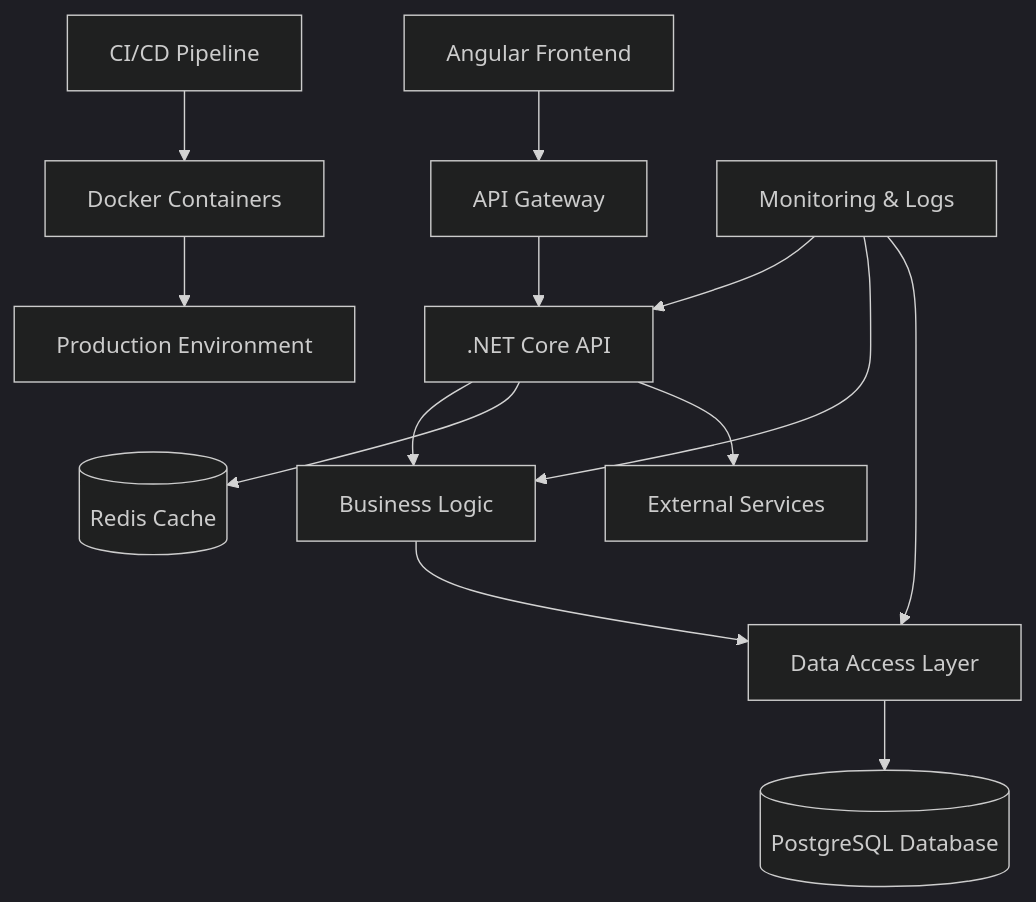
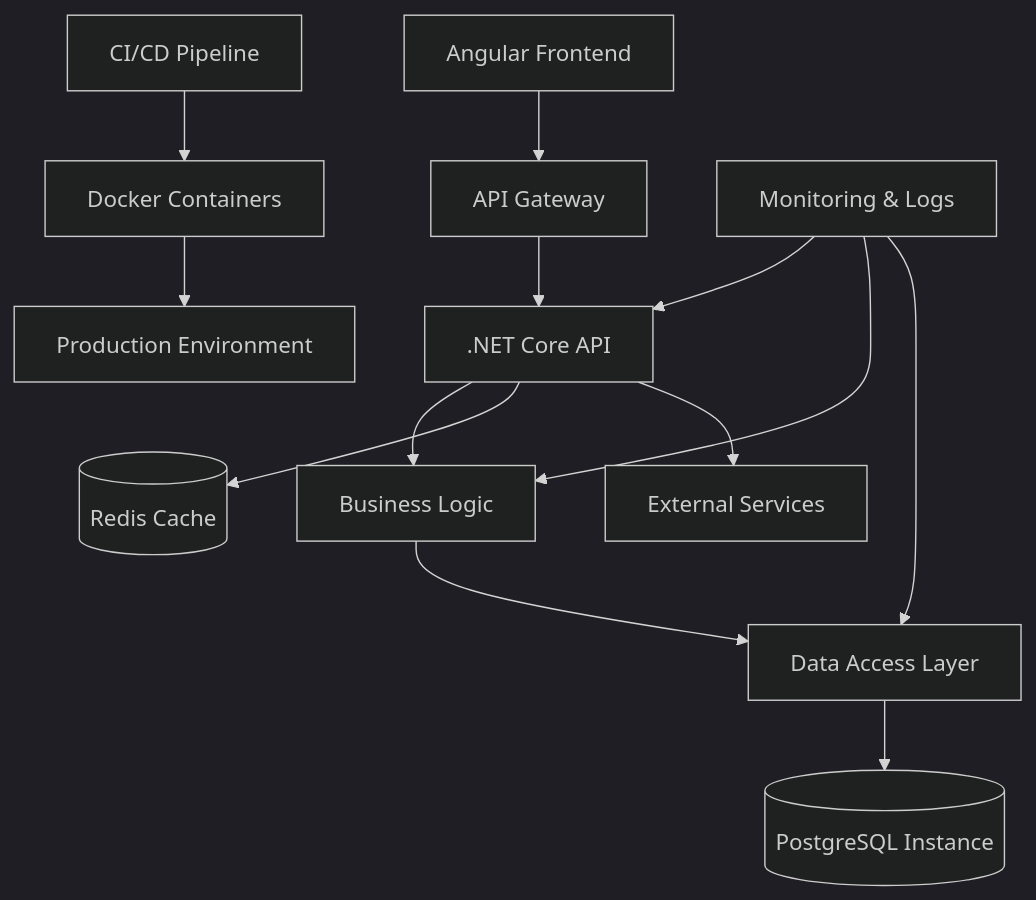
The first of 3 diagrams in simple-architecture-diagram.md (nayanvithanage/code_20-architecture-practice), drawn with Mermaid (dark theme) before and after one commit. The commit also changed other lines of this file and 3 other files, not shown here.

Commit message:
refactor: update PostgreSQL terminology to enhance clarity across architecture documentation

````diff
--- a/simple-architecture-diagram.md
+++ b/simple-architecture-diagram.md
@@ -5,18 +5,18 @@
 ```mermaid
 graph TD
     A[Angular Frontend] --> B[API Gateway]
     B --> C[.NET Core API]
     C --> D[Business Logic]
     D --> E[Data Access Layer]
-    E --> F[(PostgreSQL Database)]
+    E --> F[(PostgreSQL Instance)]
     
     C --> G[(Redis Cache)]
     C --> H[External Services]
     
     I[CI/CD Pipeline] --> J[Docker Containers]
     J --> K[Production Environment]
     
     L[Monitoring & Logs] --> C
     L --> D
     L --> E
 ```
````
